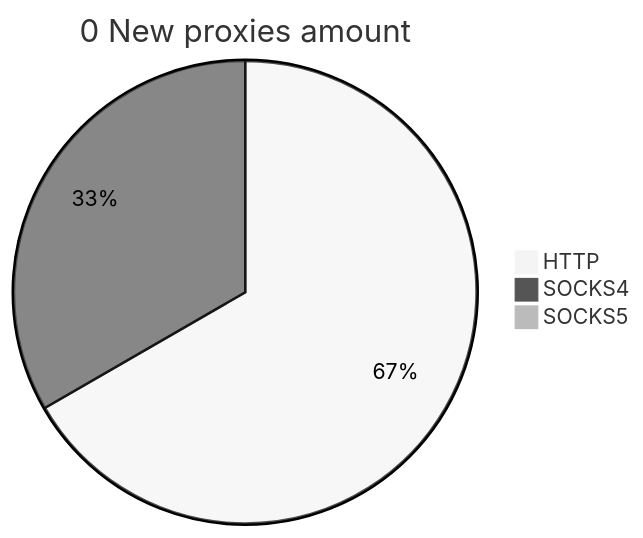
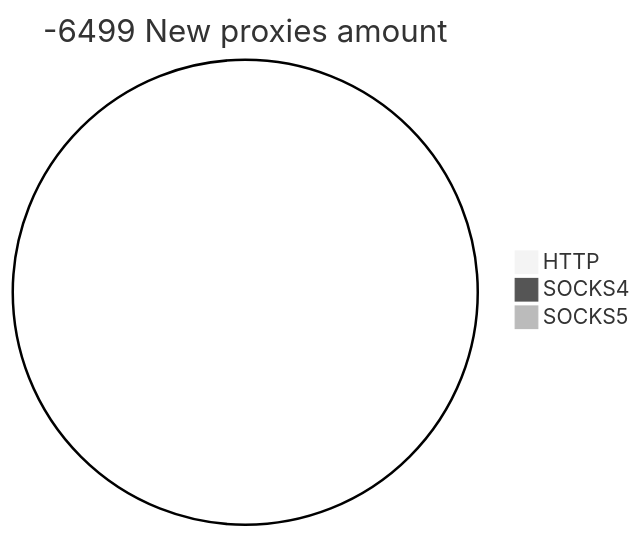
The second of 2 diagrams in README.md (cutipu/proxylist), drawn with Mermaid (neutral theme) before and after one commit. The commit also changed other lines of this file, not shown here.

````diff
--- a/README.md
+++ b/README.md
@@ -10,6 +10,6 @@
 ```mermaid
-pie title 0 New proxies amount
-    "HTTP" : 2
-    "SOCKS4" : 1
+pie title -6499 New proxies amount
+    "HTTP" : 0
+    "SOCKS4" : 0
     "SOCKS5" : 0
 ```
````
